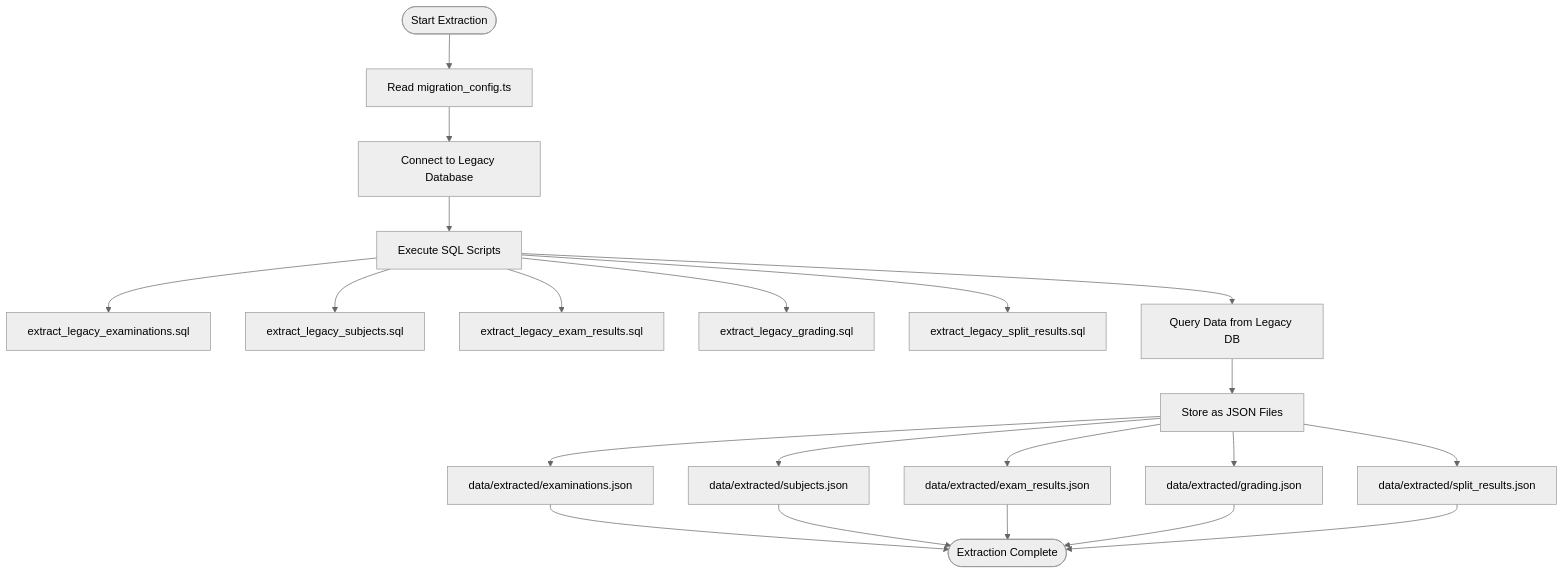
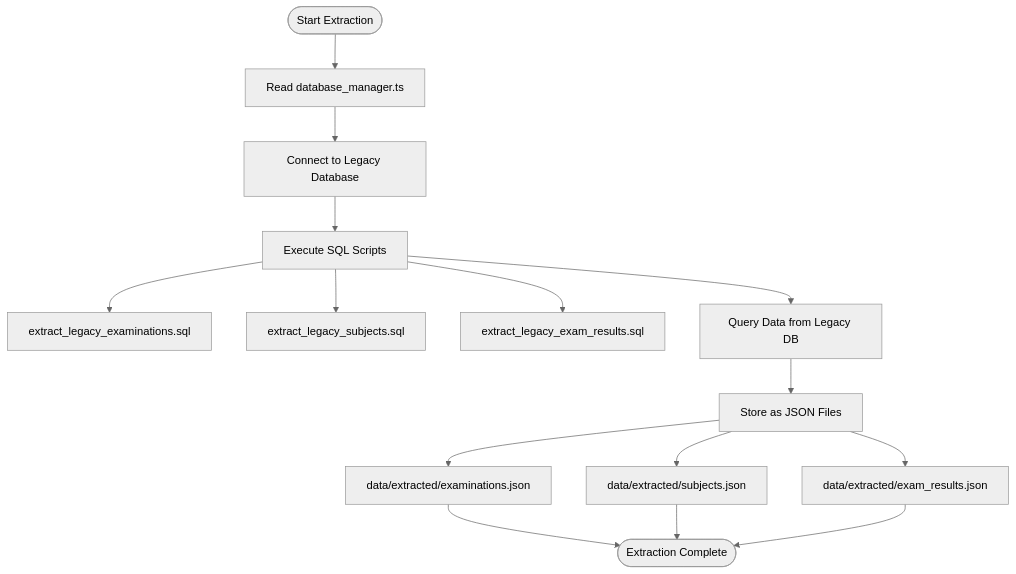
One commit to geniusdynamics/schoolpilot changed the third of 7 diagrams in .qoder/repowiki/en/content/Development Tools & Scripts/Data Migration.md. Above: the diagram before and after it, drawn with Mermaid (neutral theme). The commit also changed other lines of this file and 8 other files, not shown here.

````diff
--- a/.qoder/repowiki/en/content/Development Tools & Scripts/Data Migration.md
+++ b/.qoder/repowiki/en/content/Development Tools & Scripts/Data Migration.md
@@ -133,23 +142,17 @@
 ```mermaid
 flowchart TD
-Start([Start Extraction]) --> ReadConfig["Read migration_config.ts"]
+Start([Start Extraction]) --> ReadConfig["Read database_manager.ts"]
 ReadConfig --> ConnectLegacy["Connect to Legacy Database"]
 ConnectLegacy --> ExecuteSQL["Execute SQL Scripts"]
 ExecuteSQL --> examinations["extract_legacy_examinations.sql"]
 ExecuteSQL --> subjects["extract_legacy_subjects.sql"]
 ExecuteSQL --> exam_results["extract_legacy_exam_results.sql"]
-ExecuteSQL --> grading["extract_legacy_grading.sql"]
-ExecuteSQL --> split_results["extract_legacy_split_results.sql"]
 ExecuteSQL --> QueryData["Query Data from Legacy DB"]
 QueryData --> StoreJSON["Store as JSON Files"]
 StoreJSON --> data_extracted["data/extracted/examinations.json"]
 StoreJSON --> data_extracted_subjects["data/extracted/subjects.json"]
 StoreJSON --> data_extracted_results["data/extracted/exam_results.json"]
-StoreJSON --> data_extracted_grading["data/extracted/grading.json"]
-StoreJSON --> data_extracted_split["data/extracted/split_results.json"]
 data_extracted --> End([Extraction Complete])
 data_extracted_subjects --> End
 data_extracted_results --> End
-data_extracted_grading --> End
-data_extracted_split --> End
 ```
````
